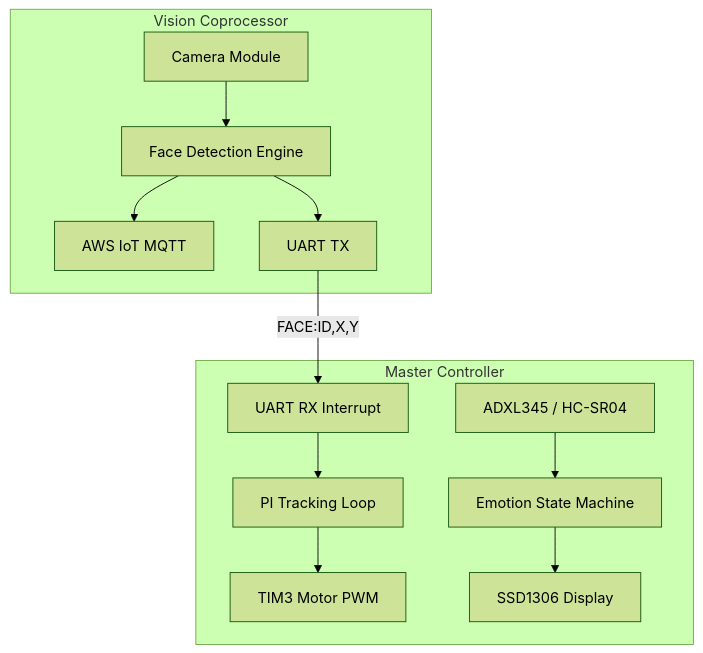
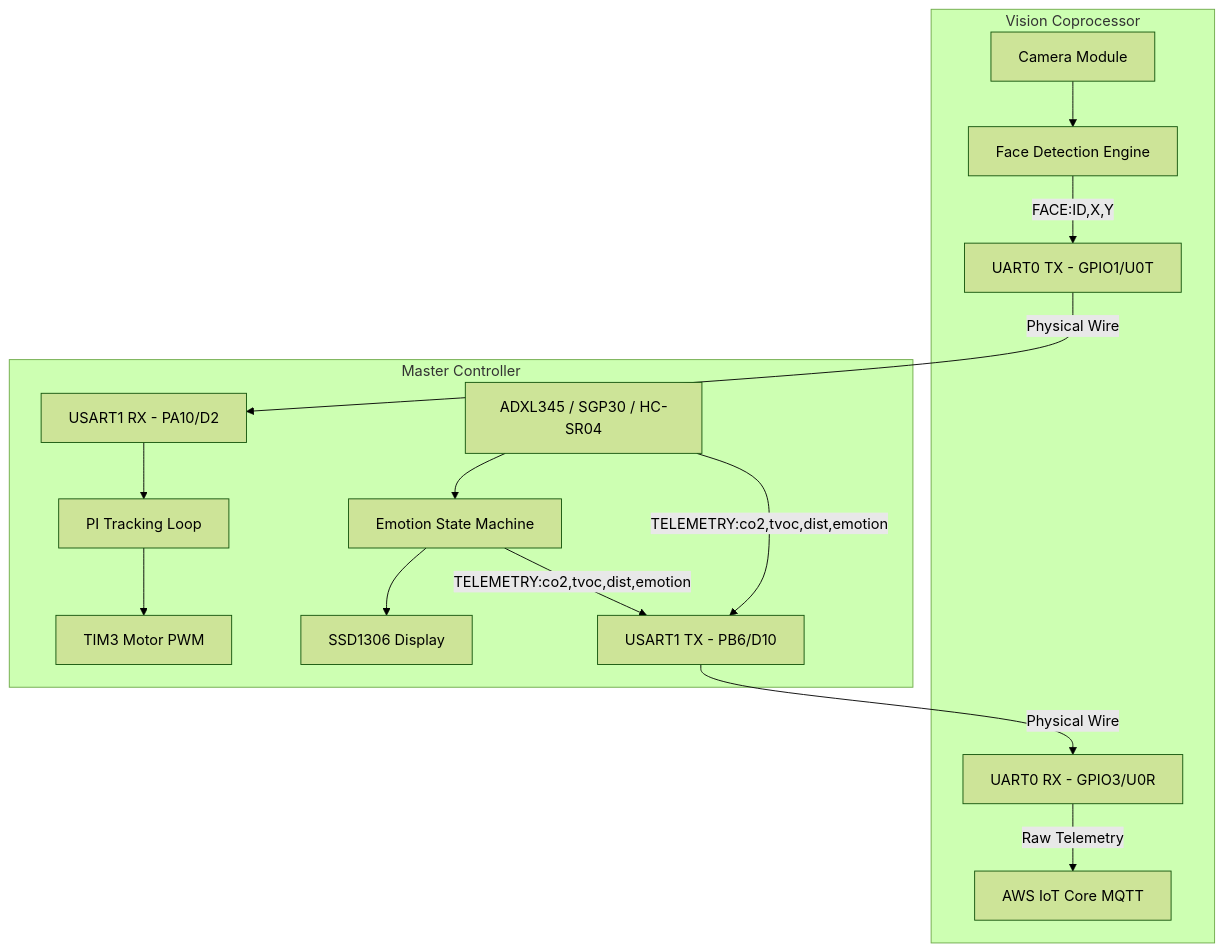
Before and after one commit to PedroTorrado/DesktopBuddy_Robot: the diagram in docs/system_architecture.md, drawn with Mermaid (forest theme). The commit also changed 1 other file, not shown here.

Commit message:
Update system architecture diagram and wiring guide with PB6/D10 remap

````diff
--- a/docs/system_architecture.md
+++ b/docs/system_architecture.md
@@ -24,18 +24,22 @@
 ```mermaid
 graph TD
     subgraph ESP32-CAM [Vision Coprocessor]
         CAM[Camera Module] --> ML[Face Detection Engine]
-        ML --> WIFI[AWS IoT MQTT]
-        ML --> UART_TX[UART TX]
+        ML -->|FACE:ID,X,Y| UART_TX0[UART0 TX - GPIO1/U0T]
+        
+        UART_RX0[UART0 RX - GPIO3/U0R] -->|Raw Telemetry| AWS[AWS IoT Core MQTT]
     end
 
     subgraph STM32 Nucleo [Master Controller]
-        UART_RX[UART RX Interrupt] --> PID[PI Tracking Loop]
+        UART_RX1[USART1 RX - PA10/D2] --> PID[PI Tracking Loop]
         PID --> PWM[TIM3 Motor PWM]
         
-        SENSORS[ADXL345 / HC-SR04] --> STATE[Emotion State Machine]
+        SENSORS[ADXL345 / SGP30 / HC-SR04] --> STATE[Emotion State Machine]
         STATE --> OLED[SSD1306 Display]
+        
+        STATE & SENSORS -->|TELEMETRY:co2,tvoc,dist,emotion| UART_TX1[USART1 TX - PB6/D10]
     end
 
-    UART_TX -- "FACE:ID,X,Y" --> UART_RX
+    UART_TX0 -->|Physical Wire| UART_RX1
+    UART_TX1 -->|Physical Wire| UART_RX0
 ```
````
